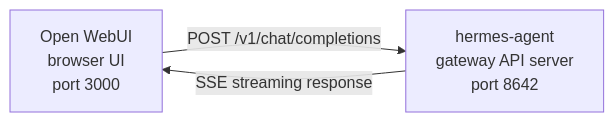
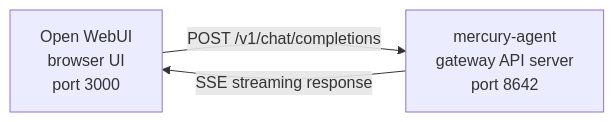
One commit to AlexiosBluffMara/mercury changed the diagram in website/docs/user-guide/messaging/open-webui.md. Above: the diagram before and after it, drawn with Mermaid. The commit also changed other lines of this file and 1562 other files, not shown here.

````diff
--- a/website/docs/user-guide/messaging/open-webui.md
+++ b/website/docs/user-guide/messaging/open-webui.md
@@ -13,7 +13,7 @@
 ```mermaid
 flowchart LR
     A["Open WebUI<br/>browser UI<br/>port 3000"]
-    B["hermes-agent<br/>gateway API server<br/>port 8642"]
+    B["mercury-agent<br/>gateway API server<br/>port 8642"]
     A -->|POST /v1/chat/completions| B
     B -->|SSE streaming response| A
 ```
````
